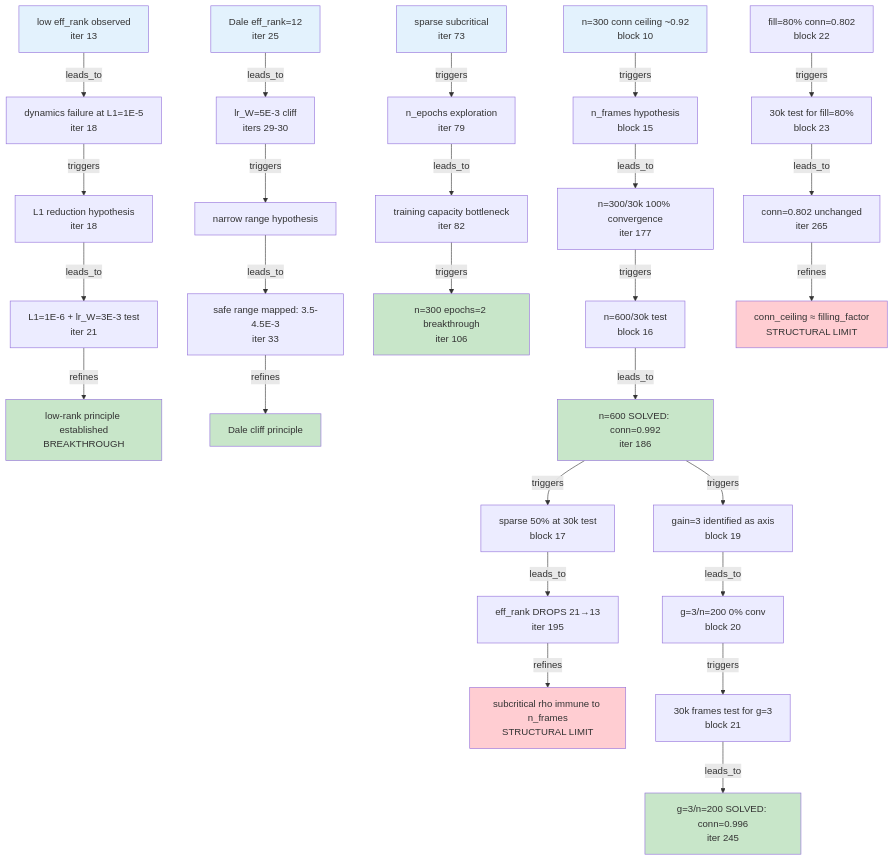
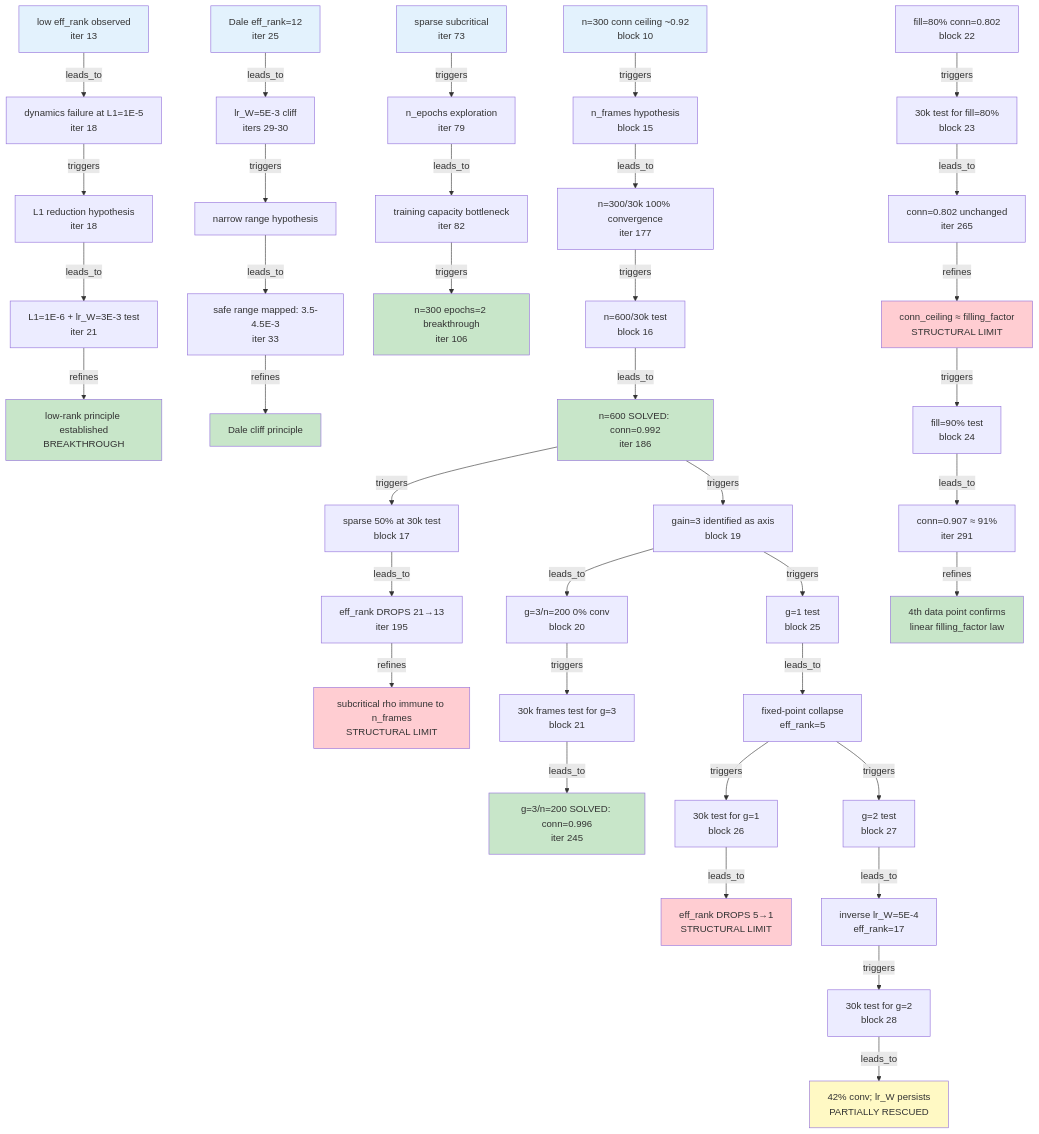
One commit to saalfeldlab/NeuralGraph changed the diagram in epistemic-analysis.qmd. Above: the diagram before and after it, drawn with Mermaid. The commit also changed other lines of this file and 47 other files, not shown here.

````diff
--- a/epistemic-analysis.qmd
+++ b/epistemic-analysis.qmd
@@ -363,46 +418,63 @@
 ```{mermaid}
 graph TD
     A[low eff_rank observed<br/>iter 13] -->|leads_to| B[dynamics failure at L1=1E-5<br/>iter 18]
     B -->|triggers| C[L1 reduction hypothesis<br/>iter 18]
     C -->|leads_to| D[L1=1E-6 + lr_W=3E-3 test<br/>iter 21]
     D -->|refines| E[low-rank principle established<br/>BREAKTHROUGH]
 
     F[Dale eff_rank=12<br/>iter 25] -->|leads_to| G[lr_W=5E-3 cliff<br/>iters 29-30]
     G -->|triggers| H[narrow range hypothesis]
     H -->|leads_to| I[safe range mapped: 3.5-4.5E-3<br/>iter 33]
     I -->|refines| J[Dale cliff principle]
 
     K[sparse subcritical<br/>iter 73] -->|triggers| L[n_epochs exploration<br/>iter 79]
     L -->|leads_to| M[training capacity bottleneck<br/>iter 82]
     M -->|triggers| N[n=300 epochs=2 breakthrough<br/>iter 106]
 
     O[n=300 conn ceiling ~0.92<br/>block 10] -->|triggers| P[n_frames hypothesis<br/>block 15]
     P -->|leads_to| Q[n=300/30k 100% convergence<br/>iter 177]
     Q -->|triggers| R[n=600/30k test<br/>block 16]
     R -->|leads_to| S[n=600 SOLVED: conn=0.992<br/>iter 186]
 
     S -->|triggers| T[sparse 50% at 30k test<br/>block 17]
     T -->|leads_to| U[eff_rank DROPS 21→13<br/>iter 195]
     U -->|refines| V[subcritical rho immune to n_frames<br/>STRUCTURAL LIMIT]
 
     S -->|triggers| W[gain=3 identified as axis<br/>block 19]
     W -->|leads_to| X[g=3/n=200 0% conv<br/>block 20]
     X -->|triggers| Y[30k frames test for g=3<br/>block 21]
     Y -->|leads_to| Z[g=3/n=200 SOLVED: conn=0.996<br/>iter 245]
 
     AA[fill=80% conn=0.802<br/>block 22] -->|triggers| AB[30k test for fill=80%<br/>block 23]
     AB -->|leads_to| AC[conn=0.802 unchanged<br/>iter 265]
     AC -->|refines| AD[conn_ceiling ≈ filling_factor<br/>STRUCTURAL LIMIT]
 
+    AD -->|triggers| AE[fill=90% test<br/>block 24]
+    AE -->|leads_to| AF[conn=0.907 ≈ 91%<br/>iter 291]
+    AF -->|refines| AG[4th data point confirms<br/>linear filling_factor law]
+
+    W -->|triggers| AH[g=1 test<br/>block 25]
+    AH -->|leads_to| AI[fixed-point collapse<br/>eff_rank=5]
+    AI -->|triggers| AJ[30k test for g=1<br/>block 26]
+    AJ -->|leads_to| AK[eff_rank DROPS 5→1<br/>STRUCTURAL LIMIT]
+
+    AI -->|triggers| AL[g=2 test<br/>block 27]
+    AL -->|leads_to| AM[inverse lr_W=5E-4<br/>eff_rank=17]
+    AM -->|triggers| AN[30k test for g=2<br/>block 28]
+    AN -->|leads_to| AO[42% conv; lr_W persists<br/>PARTIALLY RESCUED]
+
     style A fill:#e3f2fd
     style E fill:#c8e6c9
     style F fill:#e3f2fd
     style J fill:#c8e6c9
     style K fill:#e3f2fd
     style N fill:#c8e6c9
     style O fill:#e3f2fd
     style S fill:#c8e6c9
     style V fill:#ffcdd2
     style Z fill:#c8e6c9
     style AD fill:#ffcdd2
+    style AG fill:#c8e6c9
+    style AK fill:#ffcdd2
+    style AO fill:#fff9c4
 ```
````
